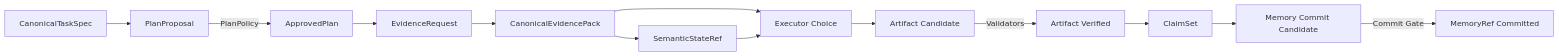
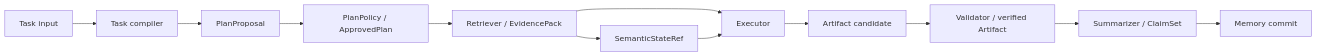
Before and after one commit to qcrs/os: the diagram in README.md, drawn with Mermaid. The commit also changed other lines of this file and 2507 other files, not shown here.

````diff
--- a/README.md
+++ b/README.md
@@ -43,15 +31,14 @@
 ```mermaid
 flowchart LR
-    TS[CanonicalTaskSpec] --> PP[PlanProposal]
-    PP -->|PlanPolicy| AP[ApprovedPlan]
-    AP --> ER[EvidenceRequest]
-    ER --> EP[CanonicalEvidencePack]
-    EP --> SR[SemanticStateRef]
-    EP --> EX[Executor Choice]
-    SR --> EX
-    EX --> AC[Artifact Candidate]
-    AC -->|Validators| AV[Artifact Verified]
-    AV --> CS[ClaimSet]
-    CS --> MC[Memory Commit Candidate]
-    MC -->|Commit Gate| MR[MemoryRef Committed]
+    T[Task input] --> C[Task compiler]
+    C --> P[PlanProposal]
+    P --> A[PlanPolicy / ApprovedPlan]
+    A --> R[Retriever / EvidencePack]
+    R --> S[SemanticStateRef]
+    R --> E[Executor]
+    S --> E
+    E --> X[Artifact candidate]
+    X --> V[Validator / verified Artifact]
+    V --> U[Summarizer / ClaimSet]
+    U --> M[Memory commit]
 ```
````
